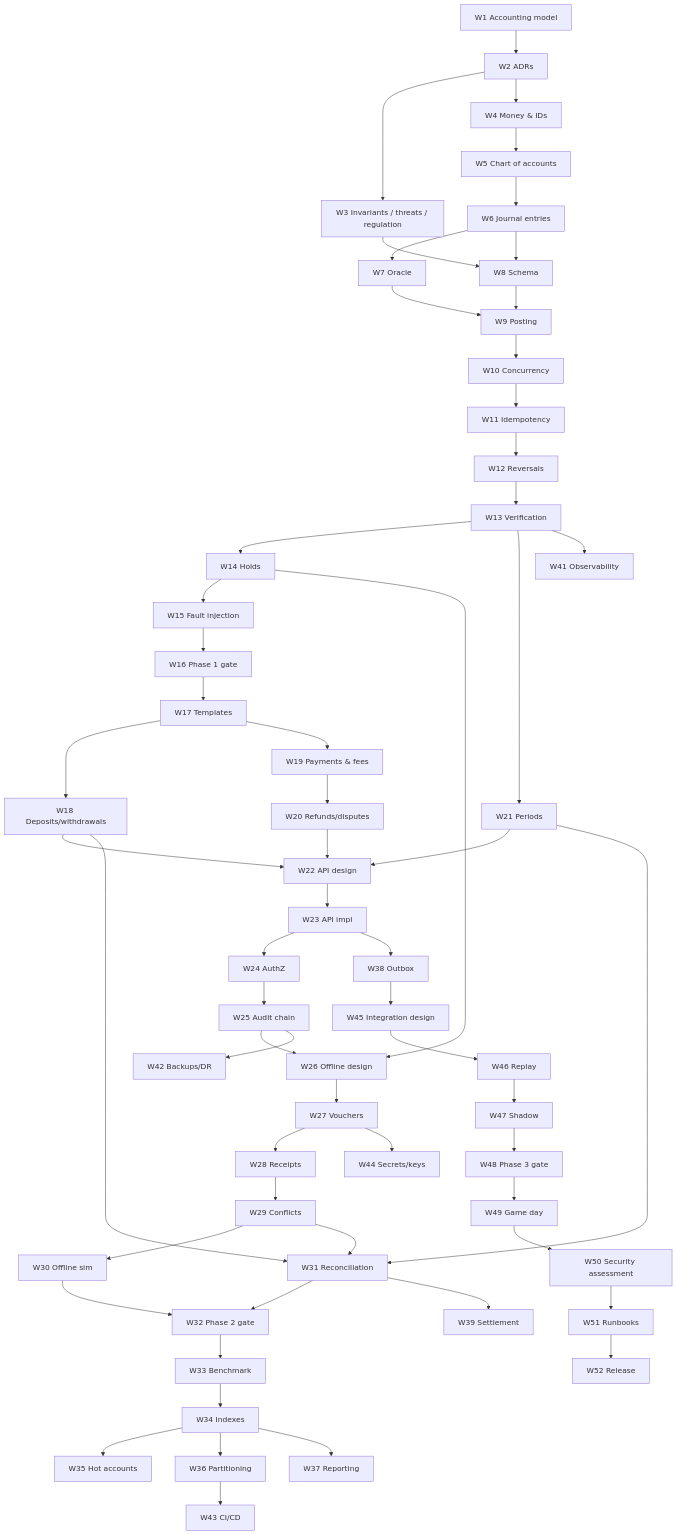
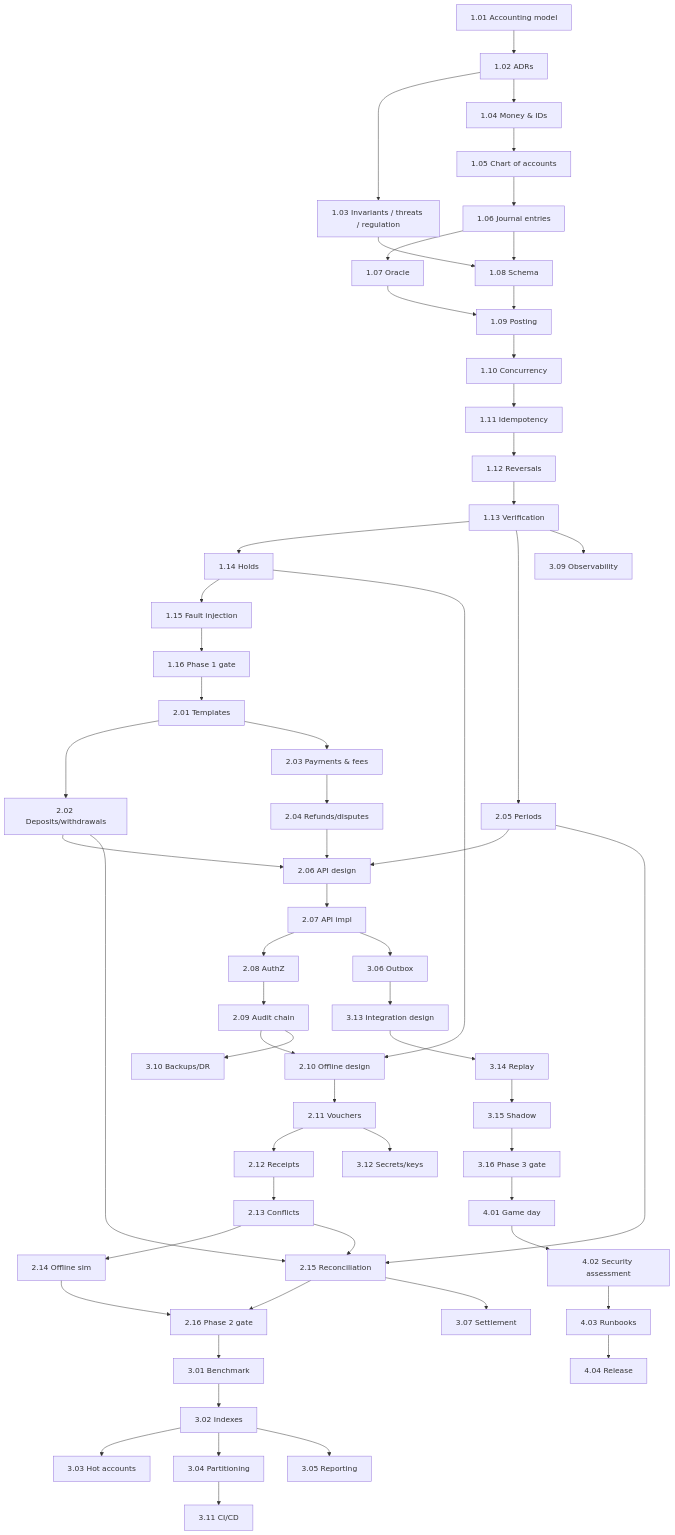
One commit to atronsa/mezgeb changed the diagram in docs/roadmap/README.md. Above: the diagram before and after it, drawn with Mermaid. The commit also changed other lines of this file and 61 other files, not shown here.

First line of the commit message:
docs(roadmap): split phases into per-step files with step IDs

````diff
--- a/docs/roadmap/README.md
+++ b/docs/roadmap/README.md
@@ -51,44 +52,44 @@
 ```mermaid
 graph TD
-  W1[W1 Accounting model] --> W2[W2 ADRs]
-  W2 --> W3[W3 Invariants / threats / regulation]
-  W2 --> W4[W4 Money & IDs]
-  W4 --> W5[W5 Chart of accounts]
-  W5 --> W6[W6 Journal entries]
-  W6 --> W7[W7 Oracle]
-  W3 --> W8[W8 Schema]
-  W6 --> W8
-  W7 --> W9[W9 Posting]
-  W8 --> W9
-  W9 --> W10[W10 Concurrency]
-  W10 --> W11[W11 Idempotency]
-  W11 --> W12[W12 Reversals]
-  W12 --> W13[W13 Verification]
-  W13 --> W14[W14 Holds]
-  W14 --> W15[W15 Fault injection]
-  W15 --> W16[W16 Phase 1 gate]
-  W16 --> W17[W17 Templates]
-  W17 --> W18[W18 Deposits/withdrawals]
-  W17 --> W19[W19 Payments & fees]
-  W19 --> W20[W20 Refunds/disputes]
-  W13 --> W21[W21 Periods]
-  W18 & W20 & W21 --> W22[W22 API design]
-  W22 --> W23[W23 API impl]
-  W23 --> W24[W24 AuthZ]
-  W24 --> W25[W25 Audit chain]
-  W14 & W25 --> W26[W26 Offline design]
-  W26 --> W27[W27 Vouchers] --> W28[W28 Receipts] --> W29[W29 Conflicts] --> W30[W30 Offline sim]
-  W18 & W21 & W29 --> W31[W31 Reconciliation]
-  W30 & W31 --> W32[W32 Phase 2 gate]
-  W32 --> W33[W33 Benchmark] --> W34[W34 Indexes] --> W35[W35 Hot accounts]
-  W34 --> W36[W36 Partitioning]
-  W34 --> W37[W37 Reporting]
-  W23 --> W38[W38 Outbox]
-  W31 --> W39[W39 Settlement]
-  W36 --> W43[W43 CI/CD]
-  W13 --> W41[W41 Observability]
-  W25 --> W42[W42 Backups/DR]
-  W27 --> W44[W44 Secrets/keys]
-  W38 --> W45[W45 Integration design] --> W46[W46 Replay] --> W47[W47 Shadow] --> W48[W48 Phase 3 gate]
-  W48 --> W49[W49 Game day] --> W50[W50 Security assessment] --> W51[W51 Runbooks] --> W52[W52 Release]
+  S1[1.01 Accounting model] --> S2[1.02 ADRs]
+  S2 --> S3[1.03 Invariants / threats / regulation]
+  S2 --> S4[1.04 Money & IDs]
+  S4 --> S5[1.05 Chart of accounts]
+  S5 --> S6[1.06 Journal entries]
+  S6 --> S7[1.07 Oracle]
+  S3 --> S8[1.08 Schema]
+  S6 --> S8
+  S7 --> S9[1.09 Posting]
+  S8 --> S9
+  S9 --> S10[1.10 Concurrency]
+  S10 --> S11[1.11 Idempotency]
+  S11 --> S12[1.12 Reversals]
+  S12 --> S13[1.13 Verification]
+  S13 --> S14[1.14 Holds]
+  S14 --> S15[1.15 Fault injection]
+  S15 --> S16[1.16 Phase 1 gate]
+  S16 --> S17[2.01 Templates]
+  S17 --> S18[2.02 Deposits/withdrawals]
+  S17 --> S19[2.03 Payments & fees]
+  S19 --> S20[2.04 Refunds/disputes]
+  S13 --> S21[2.05 Periods]
+  S18 & S20 & S21 --> S22[2.06 API design]
+  S22 --> S23[2.07 API impl]
+  S23 --> S24[2.08 AuthZ]
+  S24 --> S25[2.09 Audit chain]
+  S14 & S25 --> S26[2.10 Offline design]
+  S26 --> S27[2.11 Vouchers] --> S28[2.12 Receipts] --> S29[2.13 Conflicts] --> S30[2.14 Offline sim]
+  S18 & S21 & S29 --> S31[2.15 Reconciliation]
+  S30 & S31 --> S32[2.16 Phase 2 gate]
+  S32 --> S33[3.01 Benchmark] --> S34[3.02 Indexes] --> S35[3.03 Hot accounts]
+  S34 --> S36[3.04 Partitioning]
+  S34 --> S37[3.05 Reporting]
+  S23 --> S38[3.06 Outbox]
+  S31 --> S39[3.07 Settlement]
+  S36 --> S43[3.11 CI/CD]
+  S13 --> S41[3.09 Observability]
+  S25 --> S42[3.10 Backups/DR]
+  S27 --> S44[3.12 Secrets/keys]
+  S38 --> S45[3.13 Integration design] --> S46[3.14 Replay] --> S47[3.15 Shadow] --> S48[3.16 Phase 3 gate]
+  S48 --> S49[4.01 Game day] --> S50[4.02 Security assessment] --> S51[4.03 Runbooks] --> S52[4.04 Release]
 ```
````
